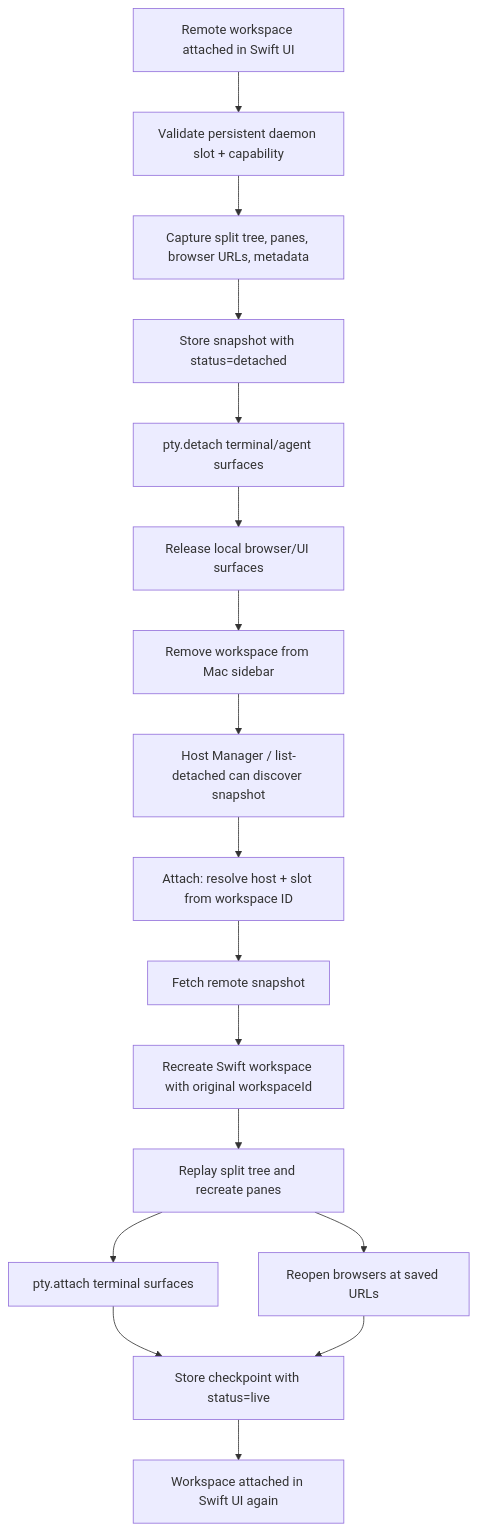
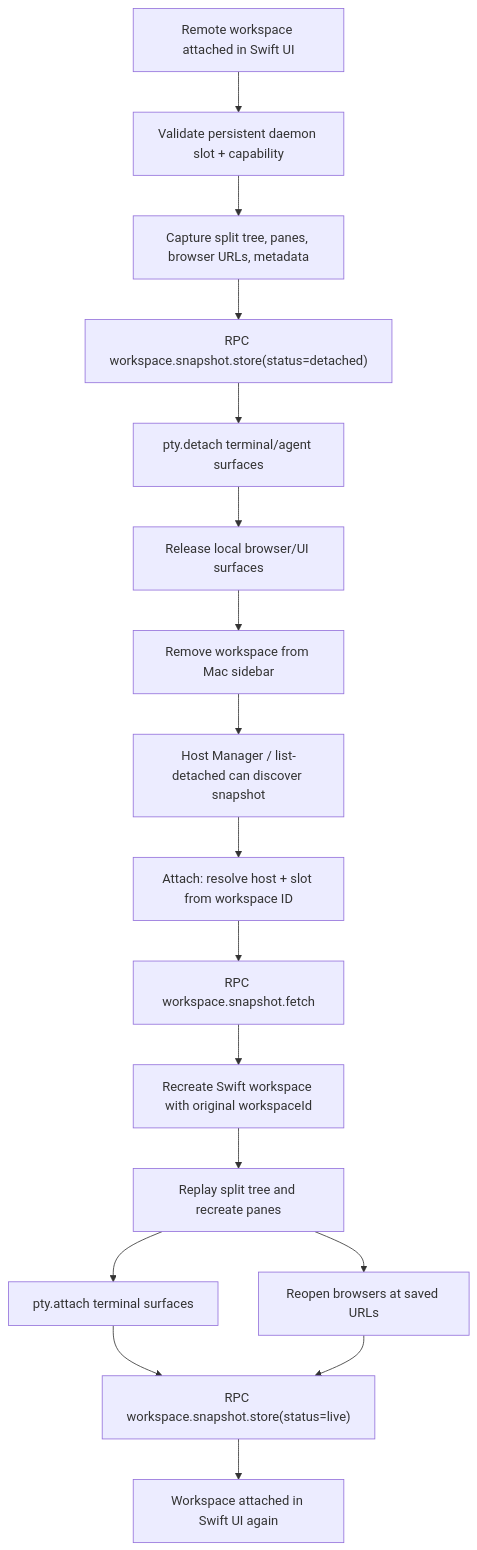
Before and after one commit to edbordin-linktree/cmux: the fourth of 4 diagrams in docs/remote-workspace-detached-metadata-plan.md, drawn with Mermaid. The commit also changed other lines of this file, not shown here.

Commit message:
Clarify snapshot RPC path in diagrams

````diff
--- a/docs/remote-workspace-detached-metadata-plan.md
+++ b/docs/remote-workspace-detached-metadata-plan.md
@@ -155,20 +160,20 @@
 ```mermaid
 flowchart TD
   Start["Remote workspace attached in Swift UI"] --> Validate["Validate persistent daemon slot + capability"]
   Validate --> Capture["Capture split tree, panes, browser URLs, metadata"]
-  Capture --> StoreDetached["Store snapshot with status=detached"]
+  Capture --> StoreDetached["RPC workspace.snapshot.store(status=detached)"]
   StoreDetached --> DetachPTY["pty.detach terminal/agent surfaces"]
   DetachPTY --> TearDown["Release local browser/UI surfaces"]
   TearDown --> RemoveSidebar["Remove workspace from Mac sidebar"]
   RemoveSidebar --> Listed["Host Manager / list-detached can discover snapshot"]
 
   Listed --> Resolve["Attach: resolve host + slot from workspace ID"]
-  Resolve --> Fetch["Fetch remote snapshot"]
+  Resolve --> Fetch["RPC workspace.snapshot.fetch"]
   Fetch --> Rebuild["Recreate Swift workspace with original workspaceId"]
   Rebuild --> Layout["Replay split tree and recreate panes"]
   Layout --> AttachPTY["pty.attach terminal surfaces"]
   Layout --> ReopenBrowsers["Reopen browsers at saved URLs"]
-  AttachPTY --> StoreLive["Store checkpoint with status=live"]
+  AttachPTY --> StoreLive["RPC workspace.snapshot.store(status=live)"]
   ReopenBrowsers --> StoreLive
   StoreLive --> Attached["Workspace attached in Swift UI again"]
 ```
````
